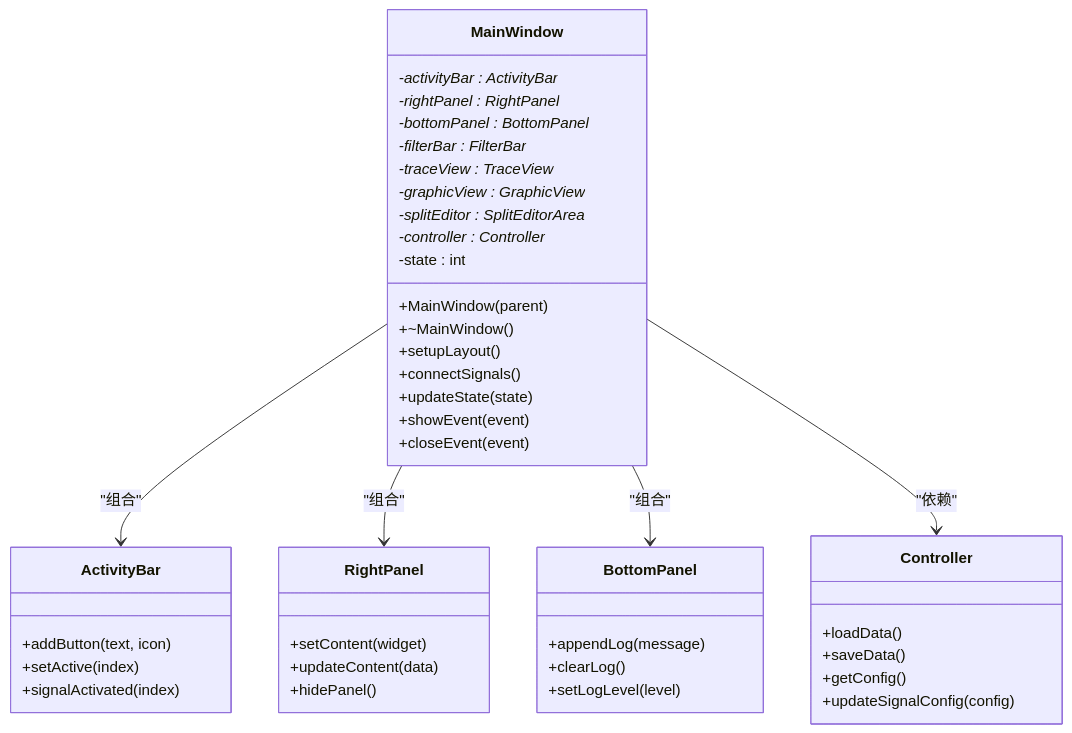
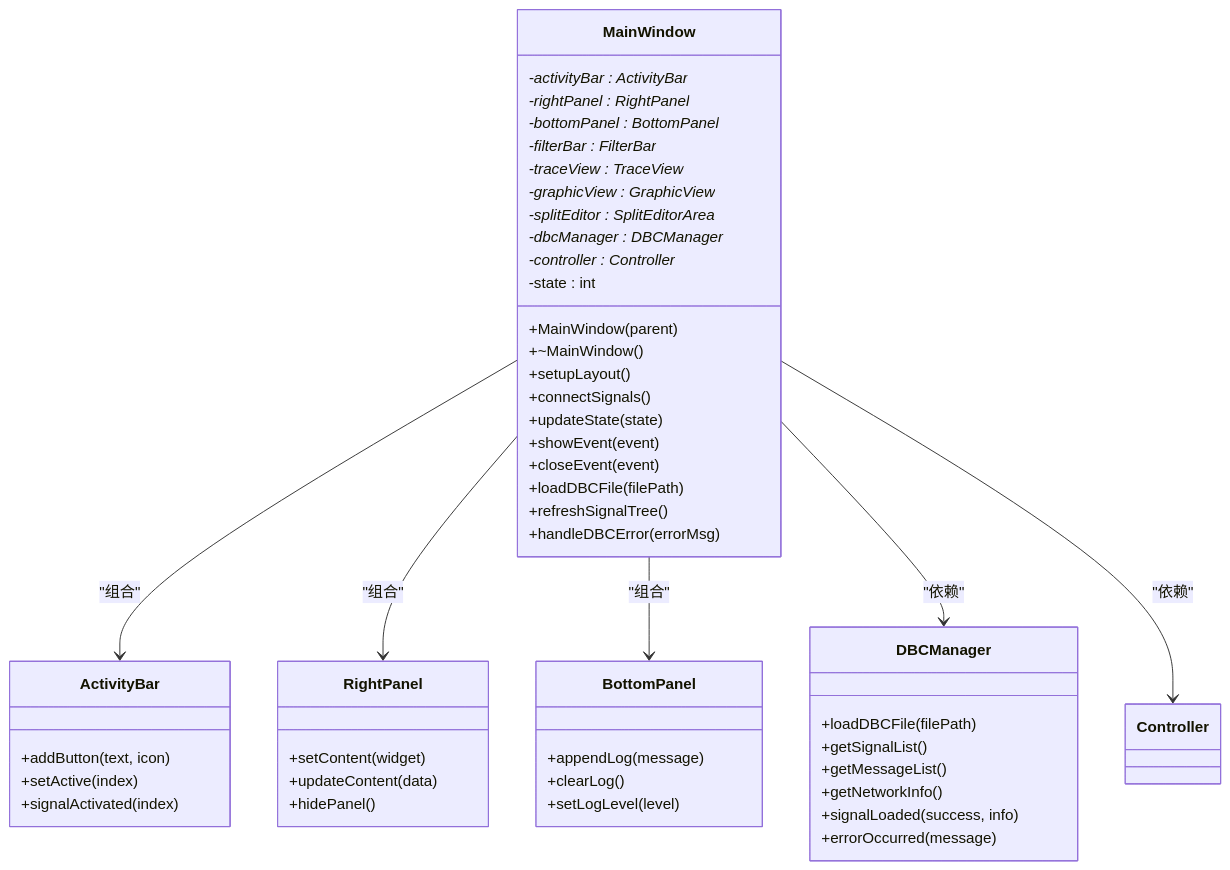
The third of 5 diagrams in .qoder/repowiki/zh/content/核心模块详解/主窗口组件.md (jakecai1225-design/OpenBus), drawn with Mermaid before and after one commit. The commit also changed other lines of this file and 215 other files, not shown here.

````diff
--- a/.qoder/repowiki/zh/content/核心模块详解/主窗口组件.md
+++ b/.qoder/repowiki/zh/content/核心模块详解/主窗口组件.md
@@ -167,46 +176,53 @@
 ```mermaid
 classDiagram
 class MainWindow {
 +MainWindow(parent)
 +~MainWindow()
 +setupLayout()
 +connectSignals()
 +updateState(state)
 +showEvent(event)
 +closeEvent(event)
++loadDBCFile(filePath)
++refreshSignalTree()
++handleDBCError(errorMsg)
 -activityBar : ActivityBar*
 -rightPanel : RightPanel*
 -bottomPanel : BottomPanel*
 -filterBar : FilterBar*
 -traceView : TraceView*
 -graphicView : GraphicView*
 -splitEditor : SplitEditorArea*
+-dbcManager : DBCManager*
 -controller : Controller*
 -state : int
+}
+class DBCManager {
++loadDBCFile(filePath)
++getSignalList()
++getMessageList()
++getNetworkInfo()
++signalLoaded(success, info)
++errorOccurred(message)
 }
 class ActivityBar {
 +addButton(text, icon)
 +setActive(index)
 +signalActivated(index)
 }
 class RightPanel {
 +setContent(widget)
 +updateContent(data)
 +hidePanel()
 }
 class BottomPanel {
 +appendLog(message)
 +clearLog()
 +setLogLevel(level)
 }
-class Controller {
-+loadData()
-+saveData()
-+getConfig()
-+updateSignalConfig(config)
-}
 MainWindow --> ActivityBar : "组合"
 MainWindow --> RightPanel : "组合"
 MainWindow --> BottomPanel : "组合"
+MainWindow --> DBCManager : "依赖"
 MainWindow --> Controller : "依赖"
 ```
````
